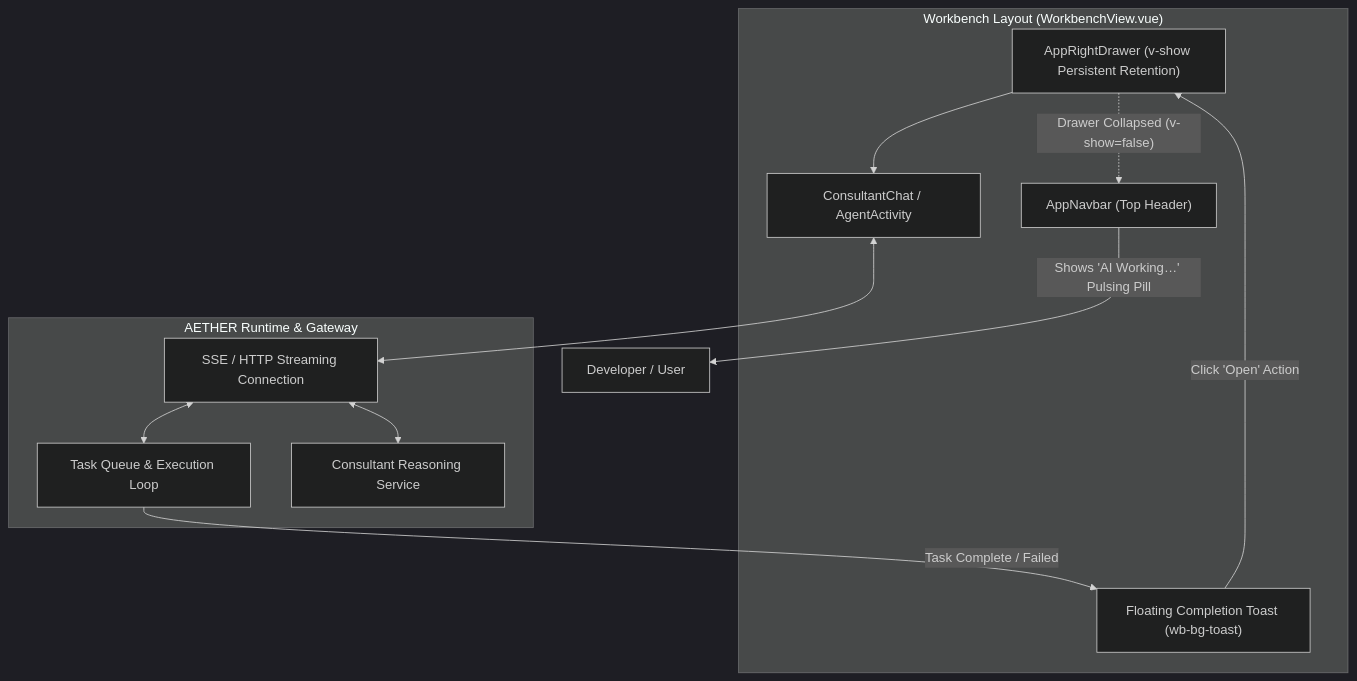
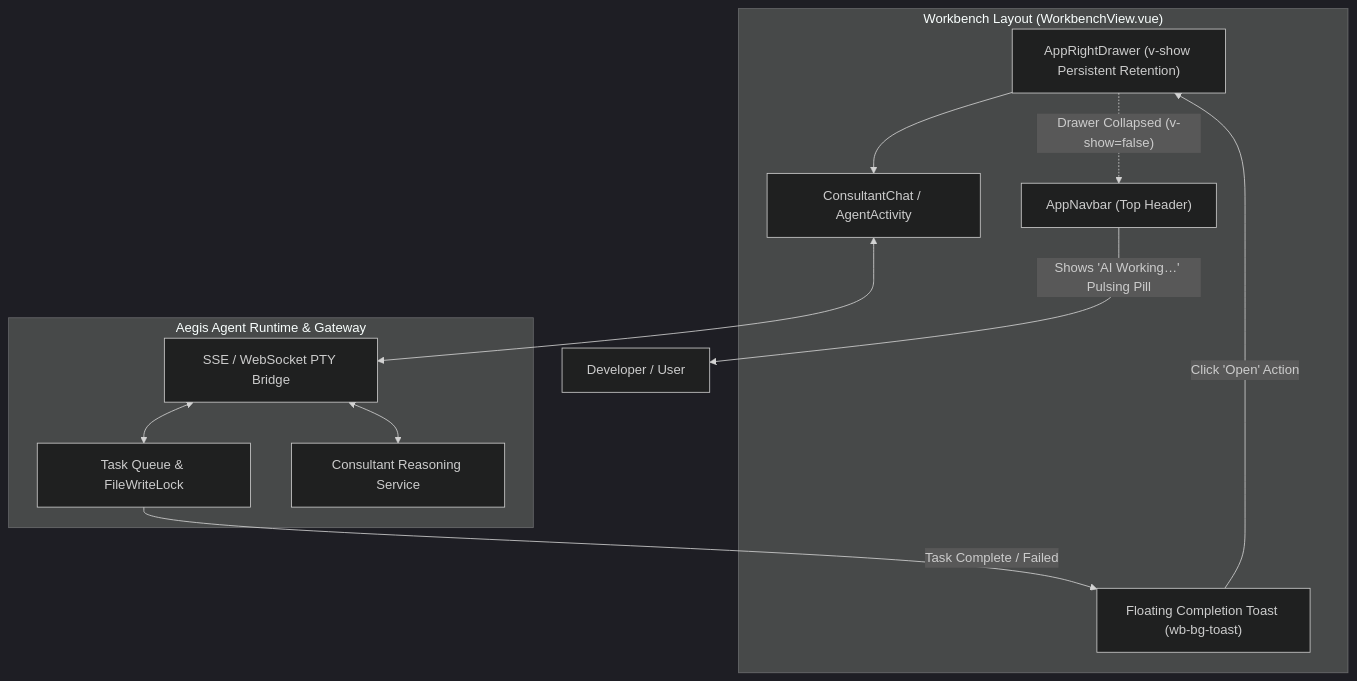
The first of 2 diagrams in docs/workbench_features.md (aditlab-code/aegiscode), drawn with Mermaid (dark theme) before and after one commit. The commit also changed other lines of this file and 90 other files, not shown here.

First line of the commit message:
feat: migrasi branding penuh dari Aether ke AegisCode

````diff
--- a/docs/workbench_features.md
+++ b/docs/workbench_features.md
@@ -11,25 +10,24 @@
 ```mermaid
 graph TD
     subgraph UI ["Workbench Layout (WorkbenchView.vue)"]
         Navbar["AppNavbar (Top Header)"]
         Drawer["AppRightDrawer (v-show Persistent Retention)"]
         Chat["ConsultantChat / AgentActivity"]
         Toast["Floating Completion Toast (wb-bg-toast)"]
     end
 
-    subgraph Backend ["AETHER Runtime & Gateway"]
-        TaskQueue["Task Queue & Execution Loop"]
+    subgraph Backend ["Aegis Agent Runtime & Gateway"]
+        TaskQueue["Task Queue & FileWriteLock"]
         ConsultantService["Consultant Reasoning Service"]
-        SSE["SSE / HTTP Streaming Connection"]
+        SSE["SSE / WebSocket PTY Bridge"]
     end
-
     Drawer --> Chat
     Chat <--> SSE
     SSE <--> TaskQueue
     SSE <--> ConsultantService
 
     Drawer -. "Drawer Collapsed (v-show=false)" .-> Navbar
     Navbar -->|"Shows 'AI Working…' Pulsing Pill"| User["Developer / User"]
     TaskQueue -->|"Task Complete / Failed"| Toast
     Toast -->|"Click 'Open' Action"| Drawer
 ```
````
